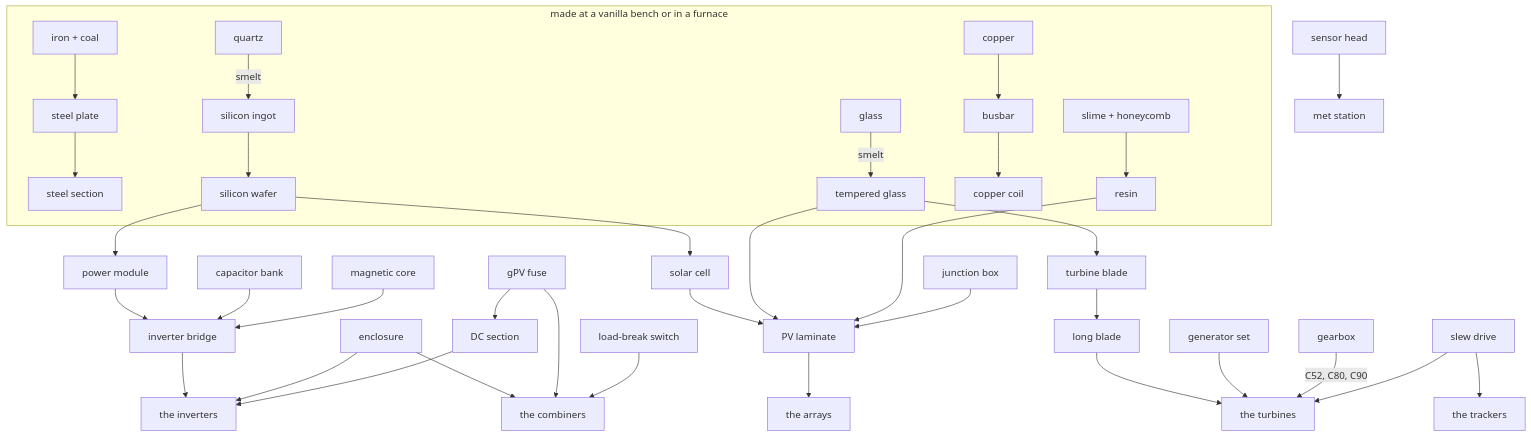
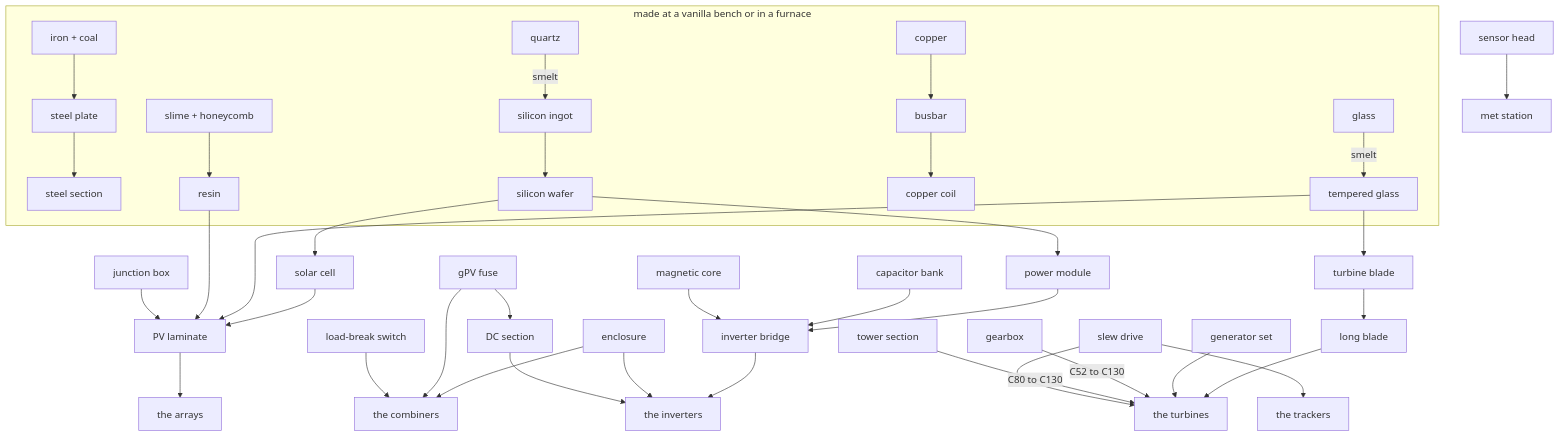
Before and after one commit to SimoneRecchia/renewables: the second of 2 diagrams in docs/items.md, drawn with Mermaid. The commit also changed other lines of this file and 98 other files, not shown here.

````diff
--- a/docs/items.md
+++ b/docs/items.md
@@ -149,33 +149,34 @@
 ```mermaid
 graph TD
   subgraph raw [made at a vanilla bench or in a furnace]
     IRON[iron + coal] --> PLATE[steel plate] --> SECTION[steel section]
     GLASS[glass] -->|smelt| TG[tempered glass]
     QUARTZ[quartz] -->|smelt| SI[silicon ingot] --> WAFER[silicon wafer]
     COPPER[copper] --> BUSBAR[busbar]
     BUSBAR --> COIL[copper coil]
     SLIME[slime + honeycomb] --> RESIN[resin]
   end
   WAFER --> CELL[solar cell]
   WAFER --> PM[power module]
   CELL --> LAM[PV laminate]
   TG --> LAM
   RESIN --> LAM
   JB[junction box] --> LAM
   LAM --> ARRAY[the arrays]
   PM --> BRIDGE[inverter bridge]
   CAP[capacitor bank] --> BRIDGE
   CORE[magnetic core] --> BRIDGE
   BRIDGE --> INVERTER[the inverters]
   ENC[enclosure] --> INVERTER
   ENC --> COMBINER[the combiners]
   FUSE[gPV fuse] --> COMBINER
   FUSE --> DCSEC[DC section] --> INVERTER
   SWITCH[load-break switch] --> COMBINER
   TG --> BLADE[turbine blade] --> LONG[long blade] --> TURBINE[the turbines]
   GEN[generator set] --> TURBINE
-  GEARBOX[gearbox] -->|C52, C80, C90| TURBINE
+  GEARBOX[gearbox] -->|C52 to C130| TURBINE
+  TOWERSEC[tower section] -->|C80 to C130| TURBINE
   DRIVE[slew drive] --> TURBINE
   DRIVE --> TRACKER[the trackers]
   SENSOR[sensor head] --> MET[met station]
 ```
````
